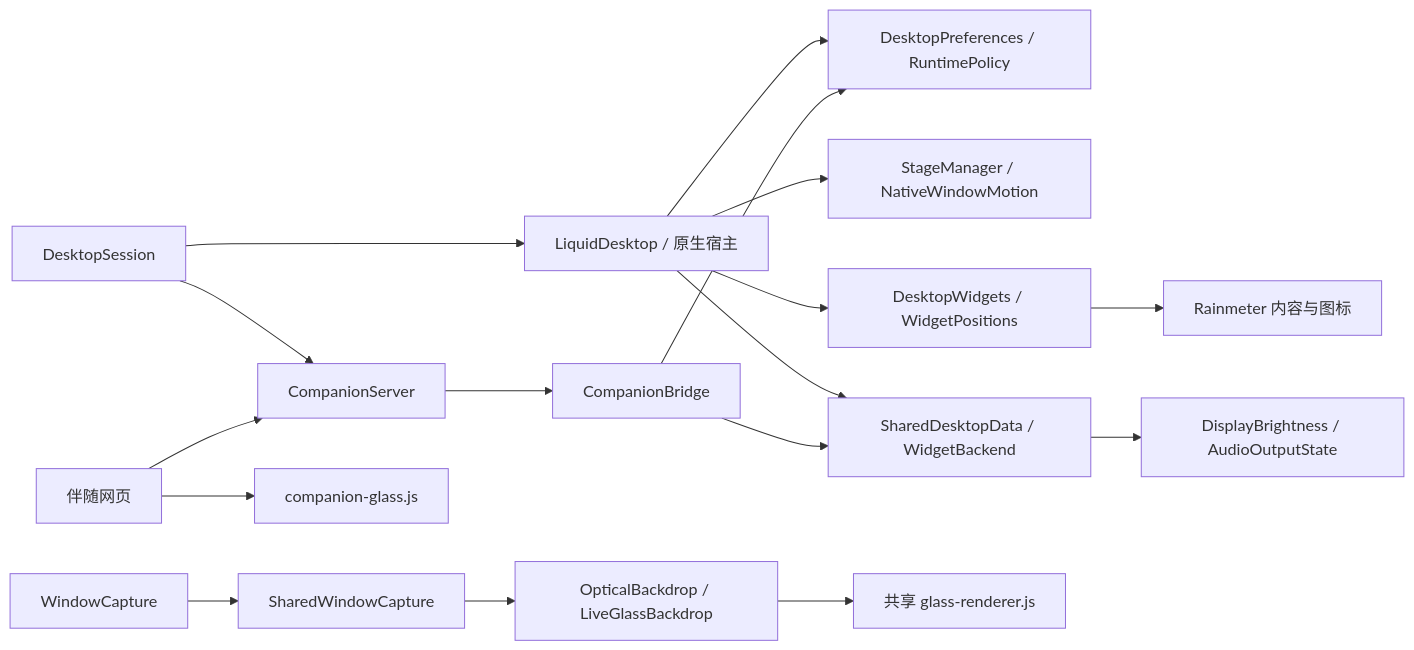
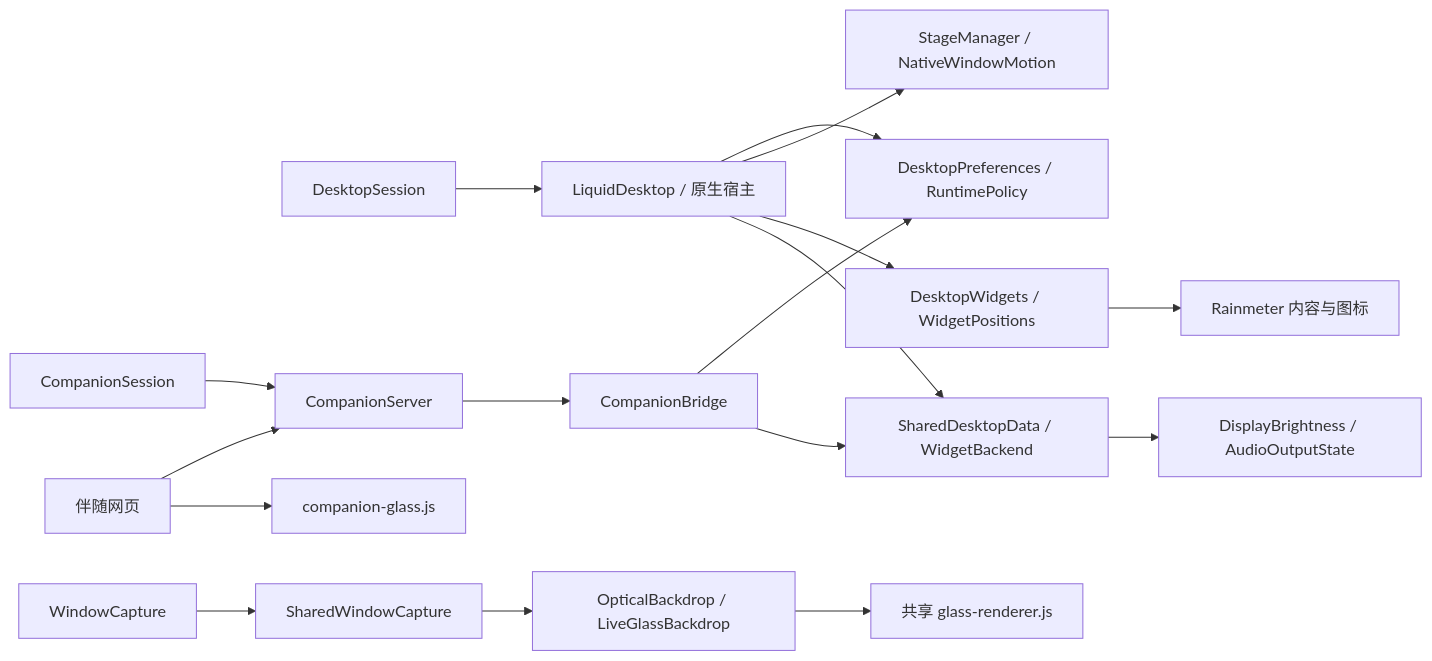
The diagram in docs/ARCHITECTURE.md (liburce0412-alt/prismglass-desktop), drawn with Mermaid before and after one commit. The commit also changed other lines of this file and 38 other files, not shown here.

````diff
--- a/docs/ARCHITECTURE.md
+++ b/docs/ARCHITECTURE.md
@@ -5,19 +5,19 @@
 ```mermaid
 flowchart LR
   Session[DesktopSession] --> Desktop
-  Session --> Server
+  CompanionSession --> Server
   Desktop[LiquidDesktop / 原生宿主] --> Preferences[DesktopPreferences / RuntimePolicy]
   Desktop --> Windows[StageManager / NativeWindowMotion]
   Desktop --> Cards[DesktopWidgets / WidgetPositions]
   Cards --> Rainmeter[Rainmeter 内容与图标]
   Desktop --> Shared[SharedDesktopData / WidgetBackend]
   Shared --> Devices[DisplayBrightness / AudioOutputState]
   Phone[伴随网页] --> Server[CompanionServer]
   Server --> Bridge[CompanionBridge]
   Bridge --> Preferences
   Bridge --> Shared
   Capture[WindowCapture] --> Frames[SharedWindowCapture]
   Frames --> Hosts[OpticalBackdrop / LiveGlassBackdrop]
   Hosts --> GL[共享 glass-renderer.js]
   Phone --> CompanionGL[companion-glass.js]
 ```
````
